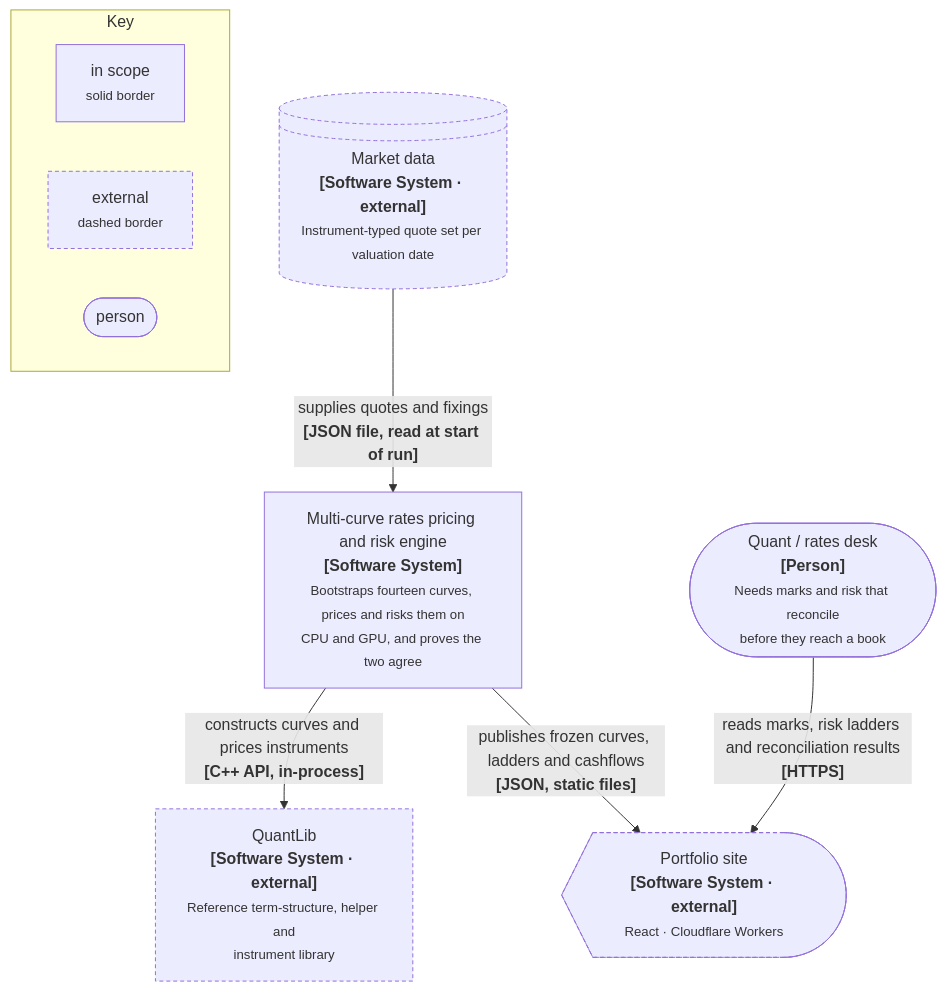
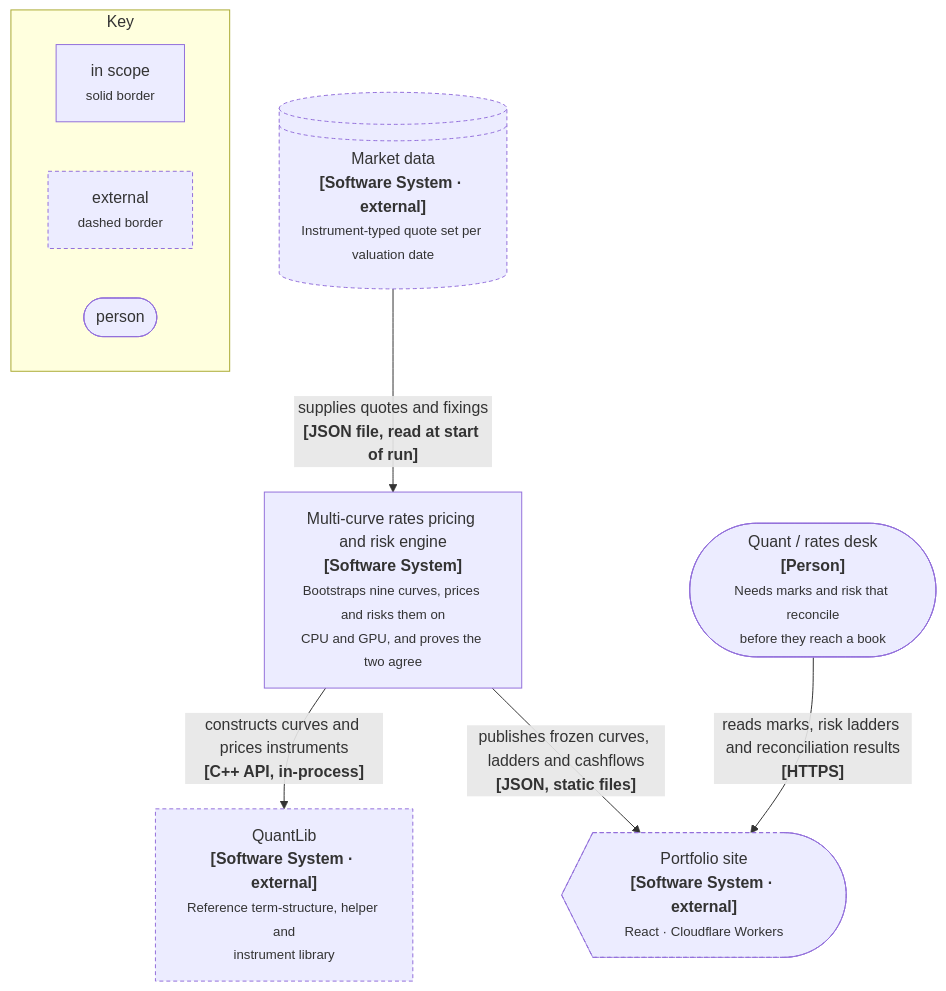
Before and after one commit to jrwglover/portfolio: the diagram in src/components/dashboards/curve_model/diagrams/c4-context.mmd, drawn with Mermaid. The commit also changed 28 other files, not shown here.

Commit message:
AUD curves and every mention of them removed; nine curves, 224 instruments

```diff
--- a/src/components/dashboards/curve_model/diagrams/c4-context.mmd
+++ b/src/components/dashboards/curve_model/diagrams/c4-context.mmd
@@ -1,27 +1,27 @@
 %% C4 Level 1: System Context.
 %% C4 notation rules followed here: every element carries name, [type], and a
 %% description; every relationship is labelled with intent AND technology.
 flowchart TB
   Q(["Quant / rates desk<br/><b>[Person]</b><br/><small>Needs marks and risk that reconcile<br/>before they reach a book</small>"])
 
-  SYS["Multi-curve rates pricing and risk engine<br/><b>[Software System]</b><br/><small>Bootstraps fourteen curves, prices and risks them on<br/>CPU and GPU, and proves the two agree</small>"]
+  SYS["Multi-curve rates pricing and risk engine<br/><b>[Software System]</b><br/><small>Bootstraps nine curves, prices and risks them on<br/>CPU and GPU, and proves the two agree</small>"]
 
   MKT@{ shape: lin-cyl, label: "Market data<br/><b>[Software System · external]</b><br/><small>Instrument-typed quote set per valuation date</small>" }
   QLIB["QuantLib<br/><b>[Software System · external]</b><br/><small>Reference term-structure, helper and<br/>instrument library</small>"]
   SITE@{ shape: curv-trap, label: "Portfolio site<br/><b>[Software System · external]</b><br/><small>React · Cloudflare Workers</small>" }
 
   MKT -->|"supplies quotes and fixings<br/><b>[JSON file, read at start of run]</b>"| SYS
   SYS -->|"constructs curves and prices instruments<br/><b>[C++ API, in-process]</b>"| QLIB
   SYS -->|"publishes frozen curves, ladders and cashflows<br/><b>[JSON, static files]</b>"| SITE
   Q -->|"reads marks, risk ladders and reconciliation results<br/><b>[HTTPS]</b>"| SITE
 
   classDef ext stroke-dasharray:4 3
   class MKT,QLIB,SITE ext
 
   subgraph KEY[" Key "]
     direction LR
     K1["in scope<br/><small>solid border</small>"]
     K2["external<br/><small>dashed border</small>"]
     K3(["person"])
   end
   class K2 ext
```
